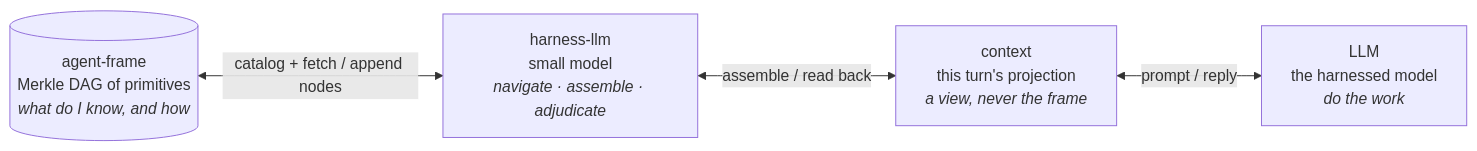
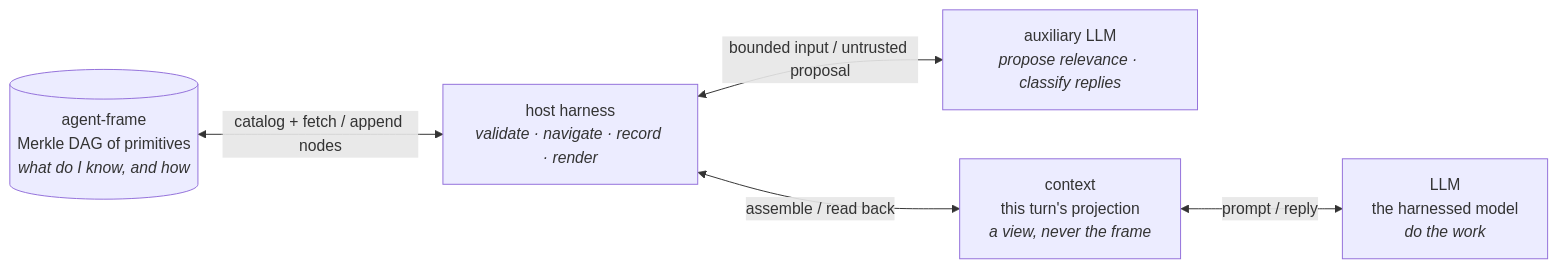
The first of 6 diagrams in docs/design/smart-harness.md (Gilamonster-Foundation/newt-agent), drawn with Mermaid before and after one commit. The commit also changed other lines of this file, not shown here.

Commit message:
docs(design): ground smart harness in kernel and host contracts

````diff
--- a/docs/design/smart-harness.md
+++ b/docs/design/smart-harness.md
@@ -70,10 +80,12 @@
 ```mermaid
 flowchart LR
     F[("agent-frame<br/>Merkle DAG of primitives<br/><i>what do I know, and how</i>")]
-    H["harness-llm<br/>small model<br/><i>navigate · assemble · adjudicate</i>"]
+    H["host harness<br/><i>validate · navigate · record · render</i>"]
+    K["auxiliary LLM<br/><i>propose relevance · classify replies</i>"]
     C["context<br/>this turn's projection<br/><i>a view, never the frame</i>"]
     M["LLM<br/>the harnessed model<br/><i>do the work</i>"]
     F <-->|"catalog + fetch / append nodes"| H
+    H <-->|"bounded input / untrusted proposal"| K
     H <-->|"assemble / read back"| C
     C <-->|"prompt / reply"| M
 ```
````
